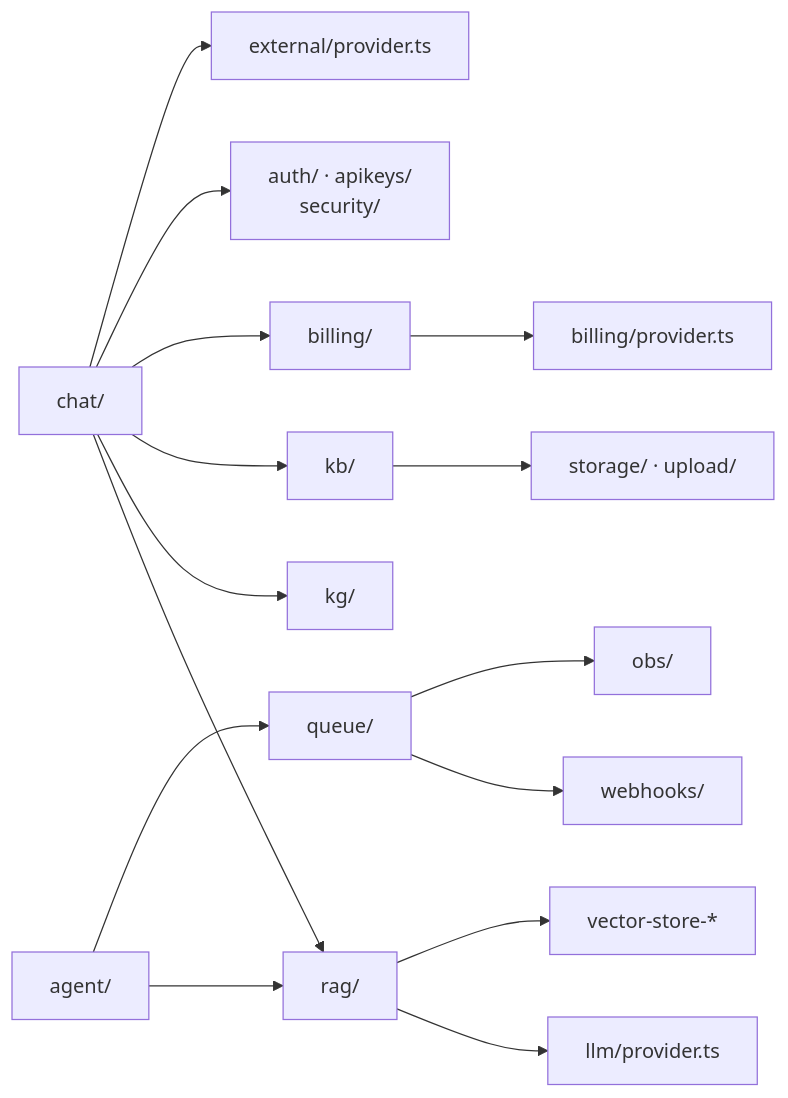
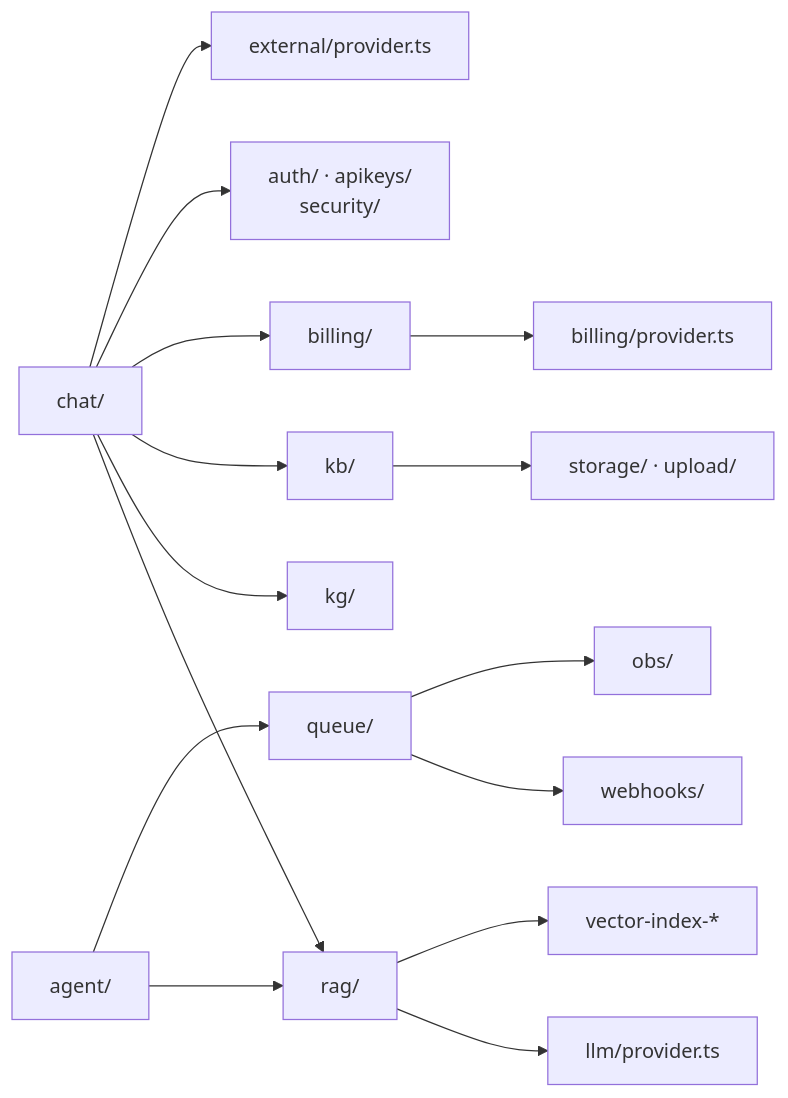
Before and after one commit to BlackArt40/KnowledgeAI: the fifth of 6 diagrams in docs/architecture/system-design.md, drawn with Mermaid. The commit also changed other lines of this file and 45 other files, not shown here.

First line of the commit message:
refactor: 统一 config/prisma/vector-index 命名 (#127)

````diff
--- a/docs/architecture/system-design.md
+++ b/docs/architecture/system-design.md
@@ -210,17 +210,17 @@
 ```mermaid
 flowchart LR
   CHAT["chat/"] --> RAG["rag/"]
   CHAT --> KG["kg/"]
   CHAT --> KB["kb/"]
   CHAT --> BILL["billing/"]
   CHAT --> SEC["auth/ · apikeys/<br/>security/"]
   CHAT --> EXT["external/provider.ts"]
   AGENT["agent/"] --> RAG
   AGENT --> Q["queue/"]
   Q --> WH["webhooks/"]
   Q --> OBS["obs/"]
   RAG --> LLM["llm/provider.ts"]
-  RAG --> VS["vector-store-*"]
+  RAG --> VS["vector-index-*"]
   BILL --> PAY["billing/provider.ts"]
   KB --> ST["storage/ · upload/"]
 ```
````
